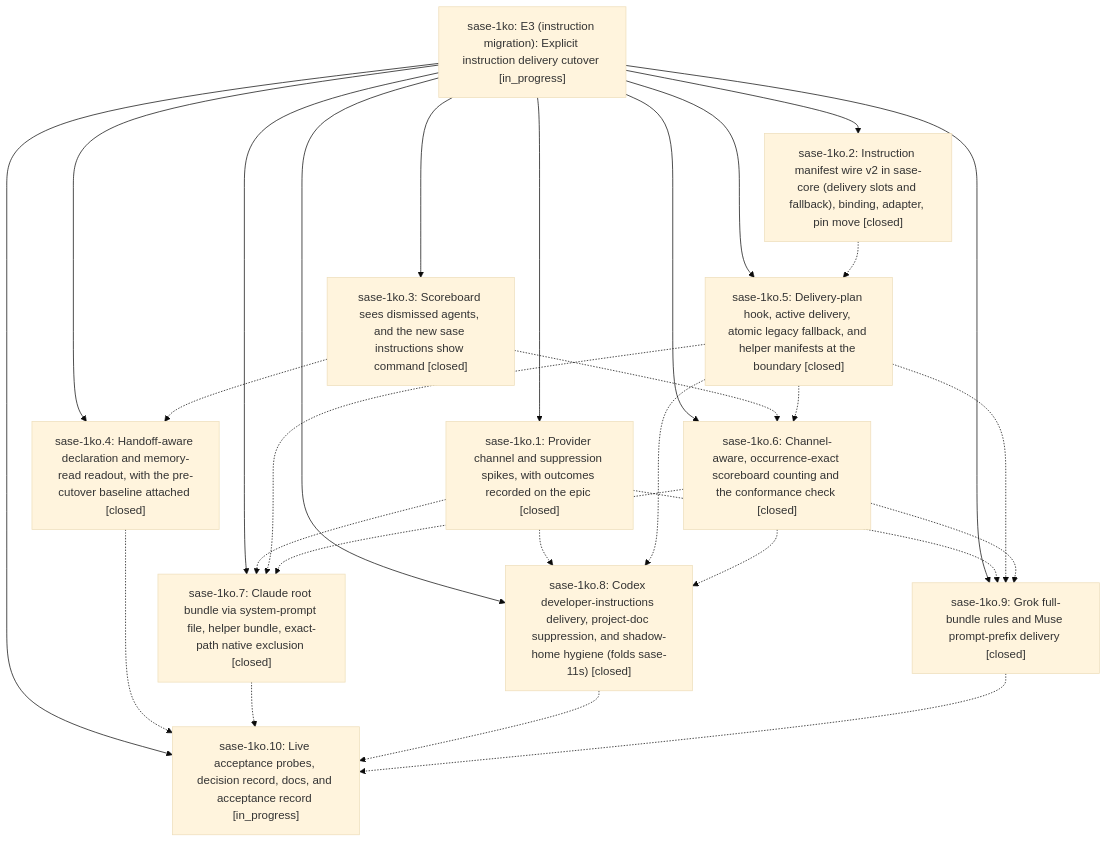
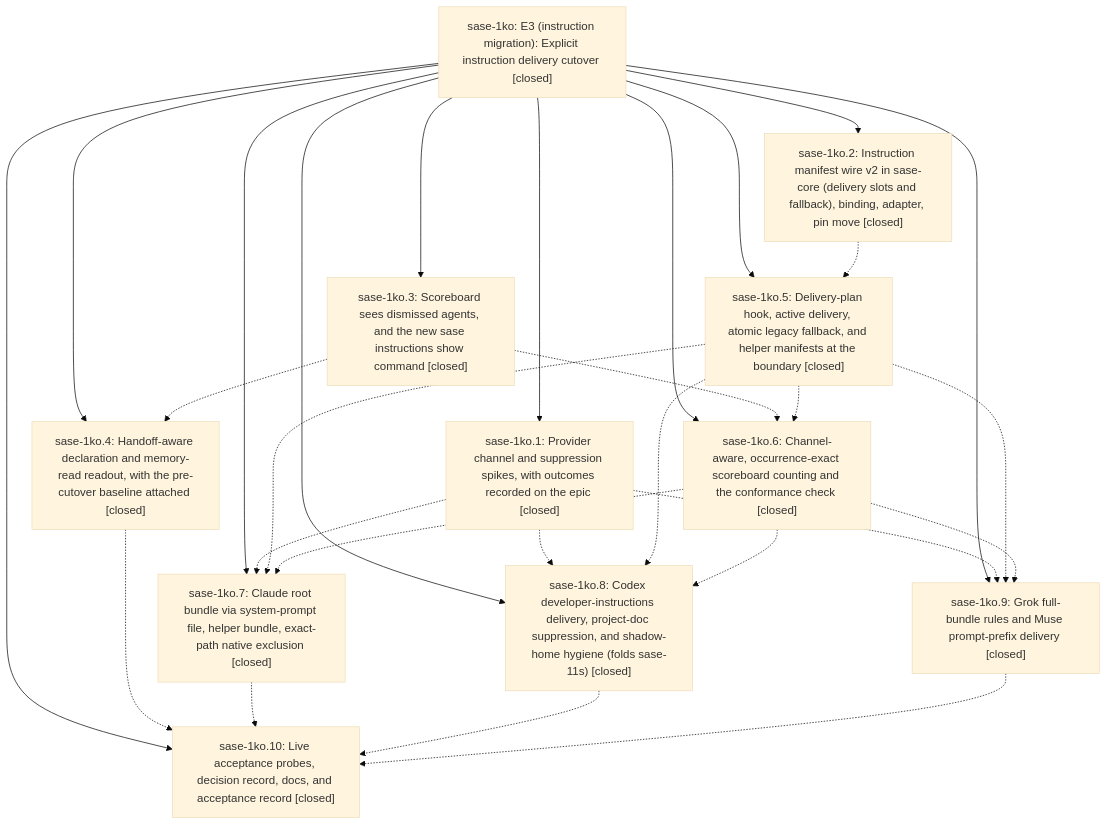
Before and after one commit to sase-org/sase--beads: the diagram in pages/sase-1ko/README.md, drawn with Mermaid (base theme). The commit also changed other lines of this file and 5 other files, not shown here.

````diff
--- a/pages/sase-1ko/README.md
+++ b/pages/sase-1ko/README.md
@@ -105,41 +118,41 @@
 ```mermaid
 flowchart TD
-    n0["sase-1ko: E3 (instruction migration): Explicit instruction delivery cutover [in_progress]"]
+    n0["sase-1ko: E3 (instruction migration): Explicit instruction delivery cutover [closed]"]
     n1["sase-1ko.1: Provider channel and suppression spikes, with outcomes recorded on the epic [closed]"]
-    n2["sase-1ko.10: Live acceptance probes, decision record, docs, and acceptance record [in_progress]"]
+    n2["sase-1ko.10: Live acceptance probes, decision record, docs, and acceptance record [closed]"]
     n3["sase-1ko.2: Instruction manifest wire v2 in sase-core (delivery slots and fallback), binding, adapter, pin move [closed]"]
     n4["sase-1ko.3: Scoreboard sees dismissed agents, and the new sase instructions show command [closed]"]
     n5["sase-1ko.4: Handoff-aware declaration and memory-read readout, with the pre-cutover baseline attached [closed]"]
     n6["sase-1ko.5: Delivery-plan hook, active delivery, atomic legacy fallback, and helper manifests at the boundary [closed]"]
     n7["sase-1ko.6: Channel-aware, occurrence-exact scoreboard counting and the conformance check [closed]"]
     n8["sase-1ko.7: Claude root bundle via system-prompt file, helper bundle, exact-path native exclusion [closed]"]
     n9["sase-1ko.8: Codex developer-instructions delivery, project-doc suppression, and shadow-home hygiene (folds sase-11s) [closed]"]
     n10["sase-1ko.9: Grok full-bundle rules and Muse prompt-prefix delivery [closed]"]
     n0 --> n1
     n0 --> n2
     n0 --> n3
     n0 --> n4
     n0 --> n5
     n0 --> n6
     n0 --> n7
     n0 --> n8
     n0 --> n9
     n0 --> n10
     n1 -.-> n8
     n1 -.-> n9
     n1 -.-> n10
     n3 -.-> n6
     n4 -.-> n5
     n4 -.-> n7
     n5 -.-> n2
     n6 -.-> n7
     n6 -.-> n8
     n6 -.-> n9
     n6 -.-> n10
     n7 -.-> n8
     n7 -.-> n9
     n7 -.-> n10
     n8 -.-> n2
     n9 -.-> n2
     n10 -.-> n2
 ```
````
